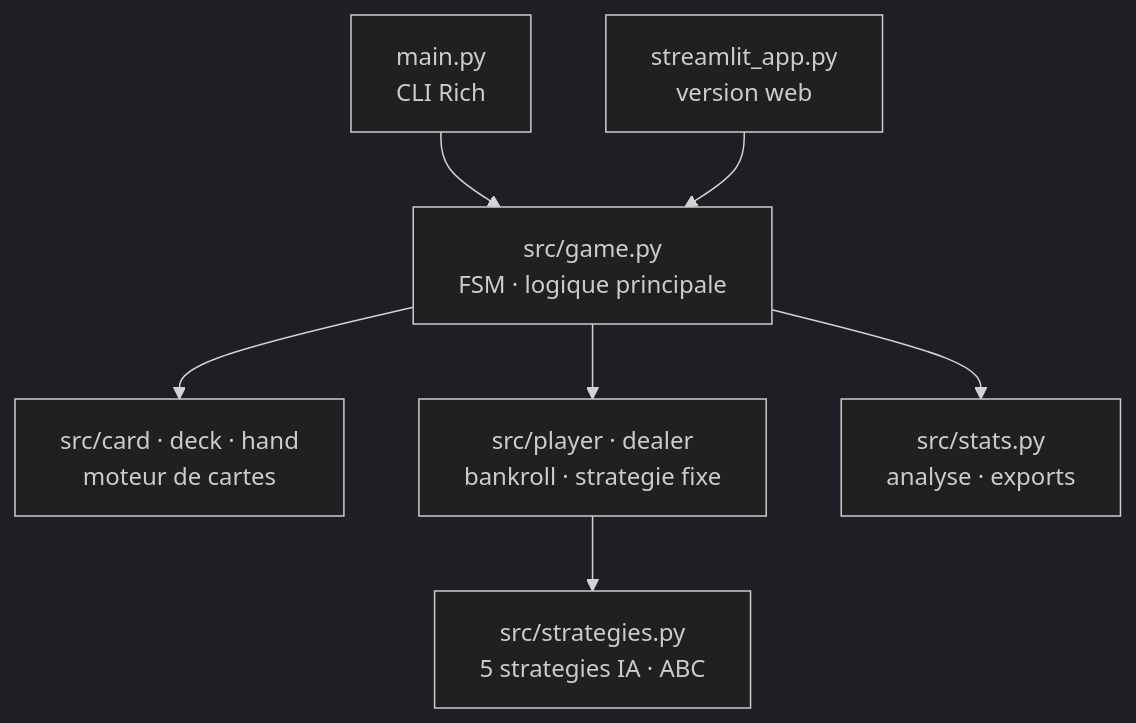
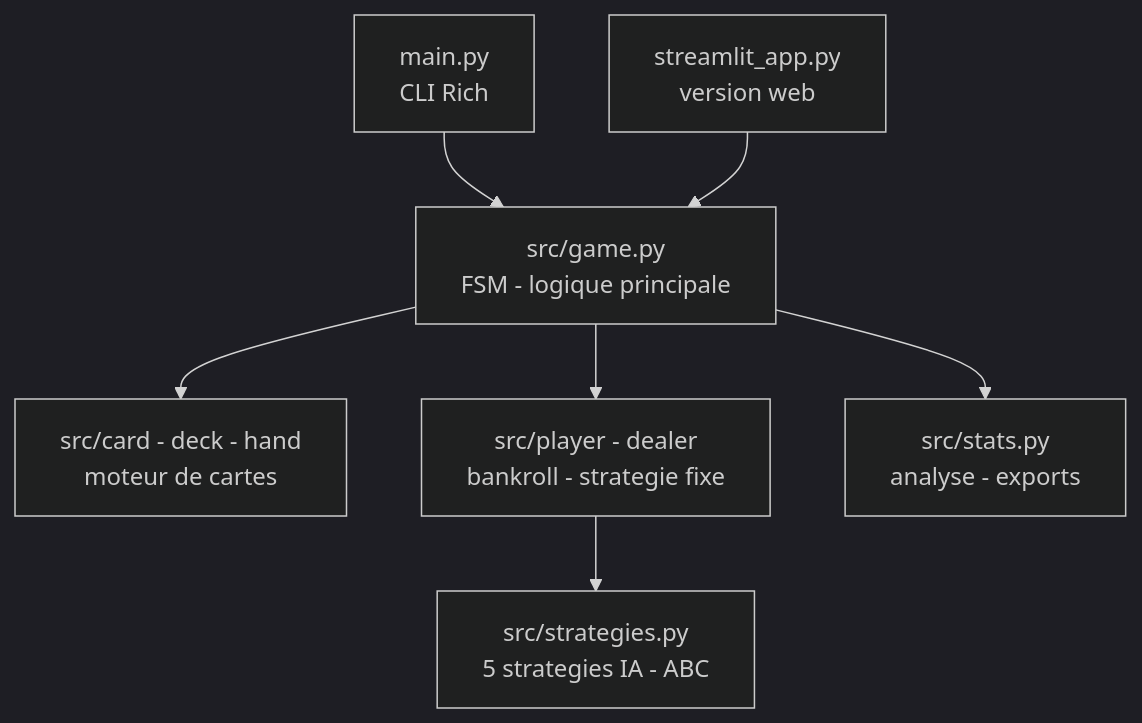
One commit to Adam-Blf/Blackjack-Simulator changed the diagram in README.md. Above: the diagram before and after it, drawn with Mermaid (dark theme). The commit also changed other lines of this file, not shown here.

Commit message:
docs: typography pass, no em dash or middle dot (#2)

````diff
--- a/README.md
+++ b/README.md
@@ -77,15 +77,15 @@
 ```mermaid
 flowchart TB
     MAIN["main.py<br/>CLI Rich"]
     ST["streamlit_app.py<br/>version web"]
-    GAME["src/game.py<br/>FSM · logique principale"]
-    CORE["src/card · deck · hand<br/>moteur de cartes"]
-    ACT["src/player · dealer<br/>bankroll · strategie fixe"]
-    STRAT["src/strategies.py<br/>5 strategies IA · ABC"]
-    STATS["src/stats.py<br/>analyse · exports"]
+    GAME["src/game.py<br/>FSM - logique principale"]
+    CORE["src/card - deck - hand<br/>moteur de cartes"]
+    ACT["src/player - dealer<br/>bankroll - strategie fixe"]
+    STRAT["src/strategies.py<br/>5 strategies IA - ABC"]
+    STATS["src/stats.py<br/>analyse - exports"]
     MAIN --> GAME
     ST --> GAME
     GAME --> CORE
     GAME --> ACT --> STRAT
     GAME --> STATS
 ```
````
